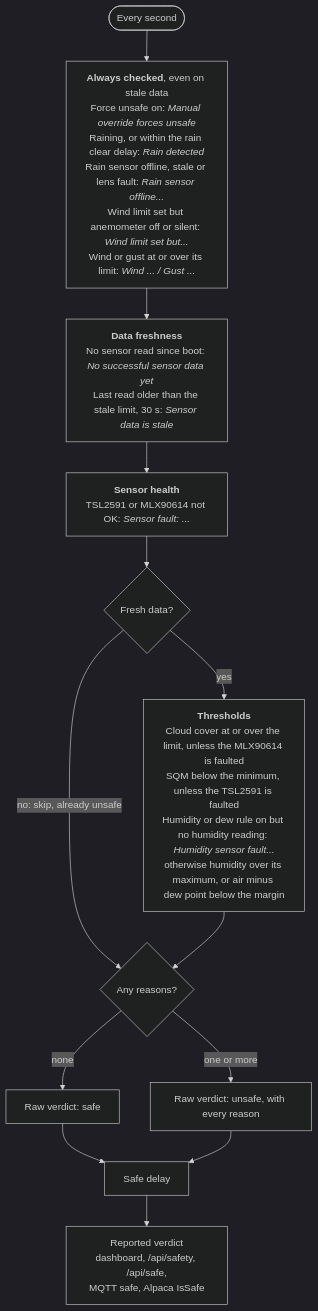
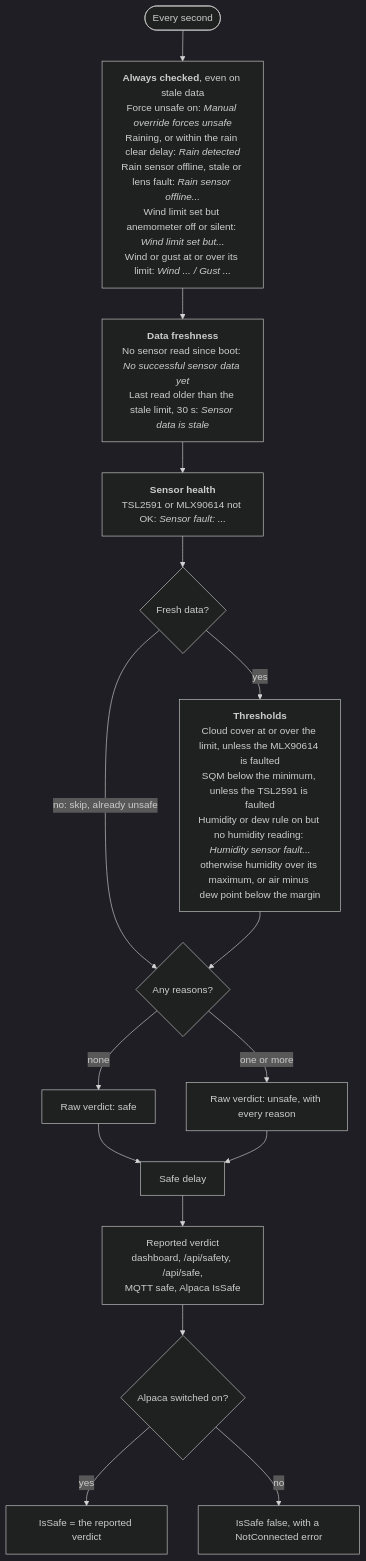
Before and after one commit to DeanJ87/SQMeter: the second of 3 diagrams in docs/user-guide/alpaca.md, drawn with Mermaid (dark theme). The commit also changed other lines of this file and 2 other files, not shown here.

First line of the commit message:
docs: no third-party requests from the docs; DIA-02 shows IsSafe with Alpaca off (024 convergence T034, T035)

````diff
--- a/docs/user-guide/alpaca.md
+++ b/docs/user-guide/alpaca.md
@@ -125,18 +125,21 @@
 ```mermaid
 flowchart TB
     accTitle: How the safety verdict is decided
     accDescr: Every second all enabled rules are checked and each failing rule adds a reason. Rain and wind are always checked, then data freshness and sensor health; the threshold rules only run on fresh data. Any reason makes the raw verdict unsafe, which then passes through the safe delay.
     START(["Every second"]) --> ALWAYS
     ALWAYS["<b>Always checked</b>, even on stale data<br/>Force unsafe on: <i>Manual override forces unsafe</i><br/>Raining, or within the rain clear delay: <i>Rain detected</i><br/>Rain sensor offline, stale or lens fault: <i>Rain sensor offline...</i><br/>Wind limit set but anemometer off or silent: <i>Wind limit set but...</i><br/>Wind or gust at or over its limit: <i>Wind ... / Gust ...</i>"]
     ALWAYS --> FRESHNESS["<b>Data freshness</b><br/>No sensor read since boot: <i>No successful sensor data yet</i><br/>Last read older than the stale limit, 30 s: <i>Sensor data is stale</i>"]
     FRESHNESS --> HEALTH["<b>Sensor health</b><br/>TSL2591 or MLX90614 not OK: <i>Sensor fault: ...</i>"]
     HEALTH --> FRESH{"Fresh data?"}
     FRESH -->|yes| THRESHOLDS["<b>Thresholds</b><br/>Cloud cover at or over the limit, unless the MLX90614 is faulted<br/>SQM below the minimum, unless the TSL2591 is faulted<br/>Humidity or dew rule on but no humidity reading: <i>Humidity sensor fault...</i><br/>otherwise humidity over its maximum, or air minus dew point below the margin"]
     FRESH -->|"no: skip, already unsafe"| ANY
     THRESHOLDS --> ANY{"Any reasons?"}
     ANY -->|none| RAWSAFE["Raw verdict: safe"]
     ANY -->|one or more| RAWUNSAFE["Raw verdict: unsafe, with every reason"]
     RAWSAFE --> DELAY["Safe delay"]
     RAWUNSAFE --> DELAY
     DELAY --> REPORTED["Reported verdict<br/>dashboard, /api/safety, /api/safe,<br/>MQTT safe, Alpaca IsSafe"]
+    REPORTED --> ALPACA{"Alpaca switched on?"}
+    ALPACA -->|yes| ISSAFE["IsSafe = the reported verdict"]
+    ALPACA -->|no| NOTCONNECTED["IsSafe false, with a NotConnected error"]
 ```
````
